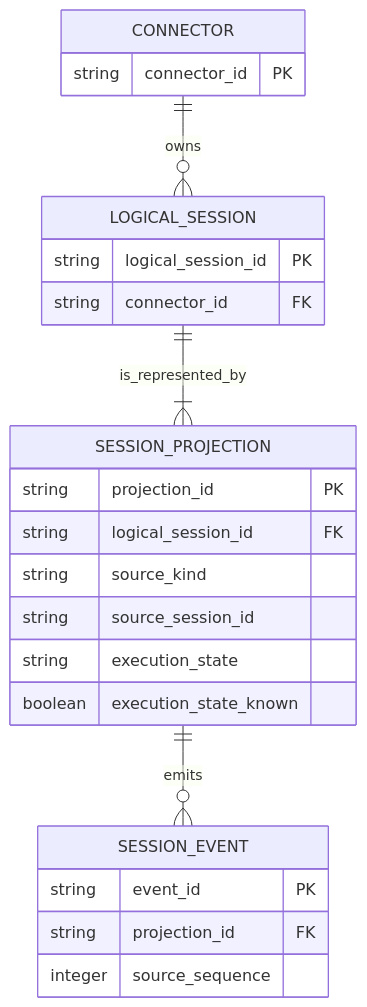
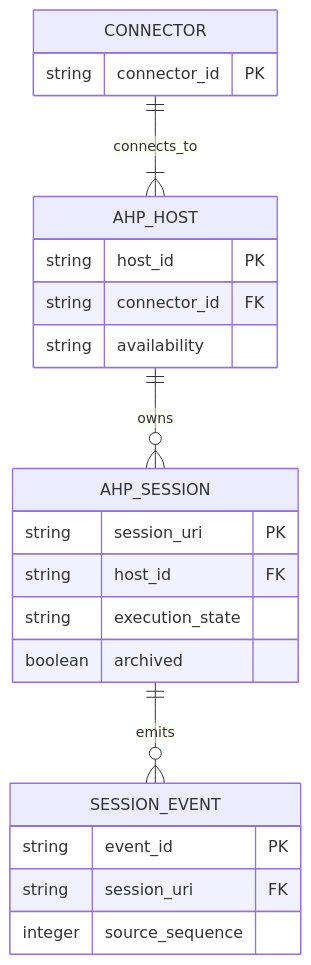
One commit to shazhou-ww/silvermoon-ai changed the diagram in .silvermoon/ideas/01M4QWAR9BG3AECFRC9ER7CE0P/outer/inner/ideal/Business-Data-Model-Review.md. Above: the diagram before and after it, drawn with Mermaid. The commit also changed other lines of this file and 9 other files, not shown here.

Commit message:
docs: revise session source to AHP only

````diff
--- a/.silvermoon/ideas/01M4QWAR9BG3AECFRC9ER7CE0P/outer/inner/ideal/Business-Data-Model-Review.md
+++ b/.silvermoon/ideas/01M4QWAR9BG3AECFRC9ER7CE0P/outer/inner/ideal/Business-Data-Model-Review.md
@@ -19,30 +20,29 @@
 ```mermaid
 erDiagram
   CONNECTOR {
     string connector_id PK
   }
 
-  LOGICAL_SESSION {
-    string logical_session_id PK
+  AHP_HOST {
+    string host_id PK
     string connector_id FK
+    string availability
   }
 
-  SESSION_PROJECTION {
-    string projection_id PK
-    string logical_session_id FK
-    string source_kind
-    string source_session_id
+  AHP_SESSION {
+    string session_uri PK
+    string host_id FK
     string execution_state
-    boolean execution_state_known
+    boolean archived
   }
 
   SESSION_EVENT {
     string event_id PK
-    string projection_id FK
+    string session_uri FK
     integer source_sequence
   }
 
-  CONNECTOR ||--o{ LOGICAL_SESSION : owns
-  LOGICAL_SESSION ||--|{ SESSION_PROJECTION : is_represented_by
-  SESSION_PROJECTION ||--o{ SESSION_EVENT : emits
+  CONNECTOR ||--|{ AHP_HOST : connects_to
+  AHP_HOST ||--o{ AHP_SESSION : owns
+  AHP_SESSION ||--o{ SESSION_EVENT : emits
 ```
````
